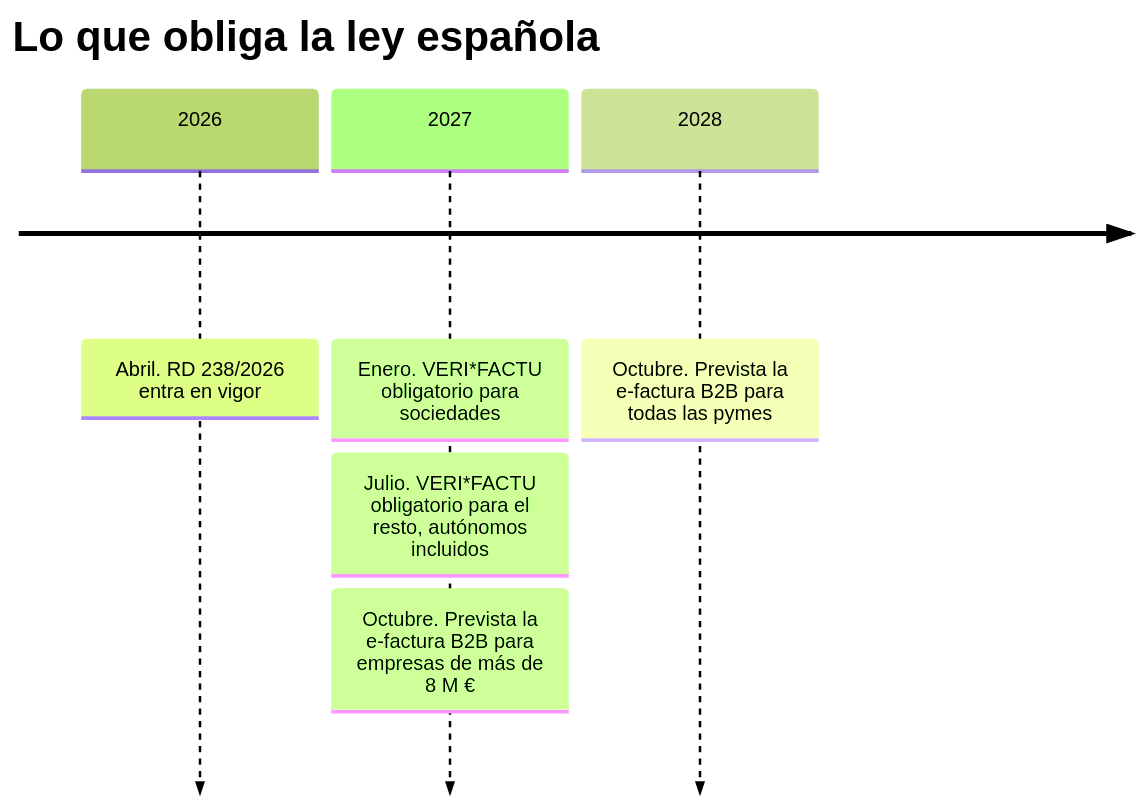
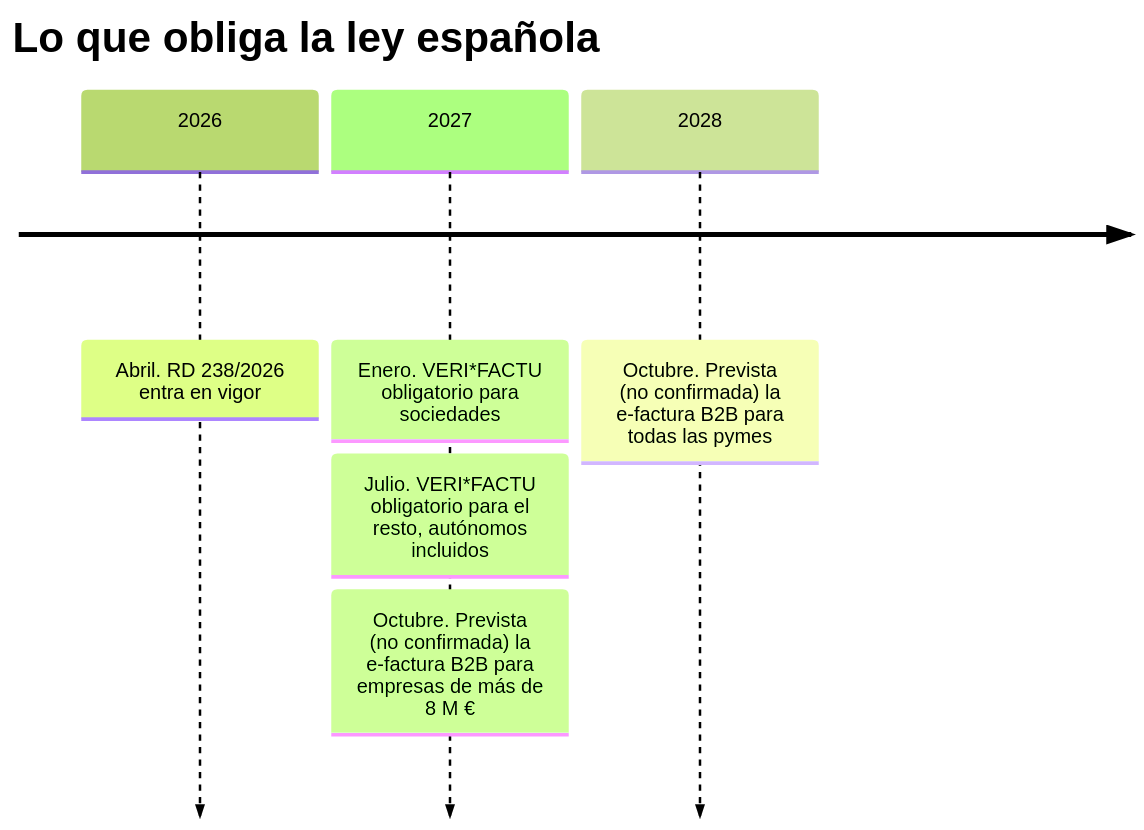
Before and after one commit to Vegm92/mise-en-place-sk: the second of 3 diagrams in docs/onboarding/04_mercado_y_clientes.md, drawn with Mermaid (forest theme). The commit also changed other lines of this file and 7 other files, not shown here.

````diff
--- a/docs/onboarding/04_mercado_y_clientes.md
+++ b/docs/onboarding/04_mercado_y_clientes.md
@@ -57,9 +57,9 @@
 ```mermaid
 timeline
     title Lo que obliga la ley española
     2026 : Abril. RD 238/2026 entra en vigor
     2027 : Enero. VERI*FACTU obligatorio para sociedades
          : Julio. VERI*FACTU obligatorio para el resto, autónomos incluidos
-         : Octubre. Prevista la e-factura B2B para empresas de más de 8 M €
-    2028 : Octubre. Prevista la e-factura B2B para todas las pymes
+         : Octubre. Prevista (no confirmada) la e-factura B2B para empresas de más de 8 M €
+    2028 : Octubre. Prevista (no confirmada) la e-factura B2B para todas las pymes
 ```
````
